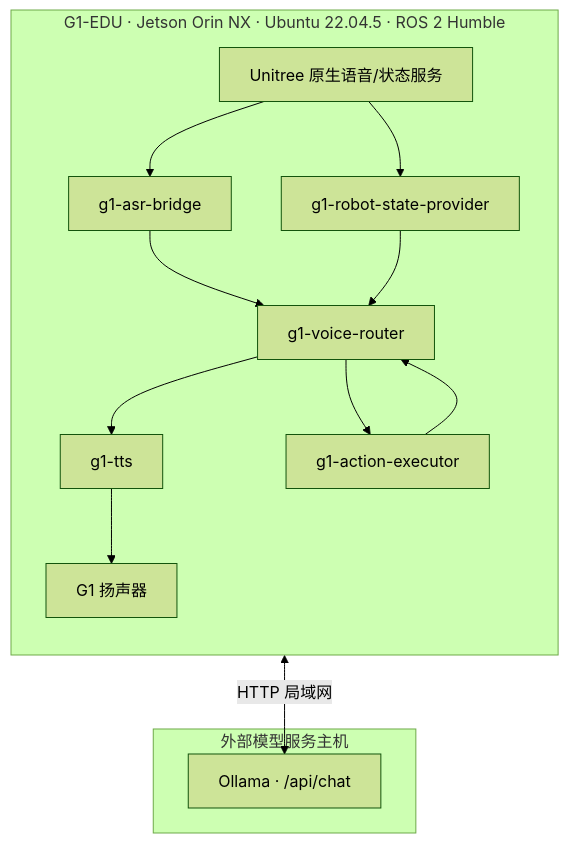
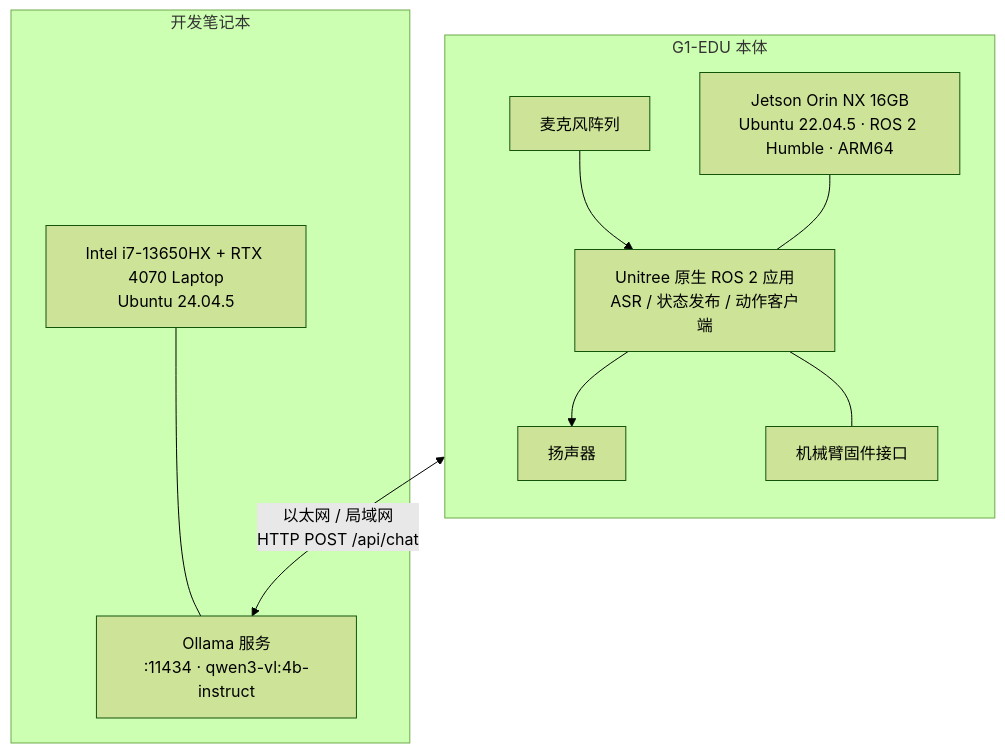
The diagram in releases/G1-EDU-Smart-Reception-V1.0/docs/architecture/deployment_topology.md (CJWDDHCSJ/g1_dev), drawn with Mermaid (forest theme) before and after one commit. The commit also changed other lines of this file and 51 other files, not shown here.

````diff
--- a/releases/G1-EDU-Smart-Reception-V1.0/docs/architecture/deployment_topology.md
+++ b/releases/G1-EDU-Smart-Reception-V1.0/docs/architecture/deployment_topology.md
@@ -3,18 +7,23 @@
 ```mermaid
 flowchart TB
-    subgraph G1[G1-EDU · Jetson Orin NX · Ubuntu 22.04.5 · ROS 2 Humble]
+    subgraph G1["G1-EDU 本体"]
         direction TB
-        RAW[Unitree 原生语音/状态服务] --> N1[g1-asr-bridge]
-        RAW --> N2[g1-robot-state-provider]
-        N1 --> N3[g1-voice-router]
-        N2 --> N3
-        N3 --> N4[g1-tts]
-        N3 --> N5[g1-action-executor]
-        N5 --> N3
-        N4 --> SPK[G1 扬声器]
+        ORIN["Jetson Orin NX 16GB<br/>Ubuntu 22.04.5 · ROS 2 Humble · ARM64"]
+        MIC["麦克风阵列"]
+        SPK["扬声器"]
+        ARM["机械臂固件接口"]
+        NATIVE["Unitree 原生 ROS 2 应用<br/>ASR / 状态发布 / 动作客户端"]
+        MIC --> NATIVE
+        NATIVE --> SPK
+        NATIVE --- ARM
+        ORIN --- NATIVE
     end
-    subgraph HOST[外部模型服务主机]
-        OL[Ollama · /api/chat]
+
+    subgraph DEV["开发笔记本"]
+        LP["Intel i7-13650HX + RTX 4070 Laptop<br/>Ubuntu 24.04.5"]
+        OLLAMA["Ollama 服务<br/>:11434 · qwen3-vl:4b-instruct"]
+        LP --- OLLAMA
     end
-    N3 <-->|HTTP 局域网| OL
+
+    ORIN <-->|"以太网 / 局域网<br/>HTTP POST /api/chat"| OLLAMA
 ```
````
